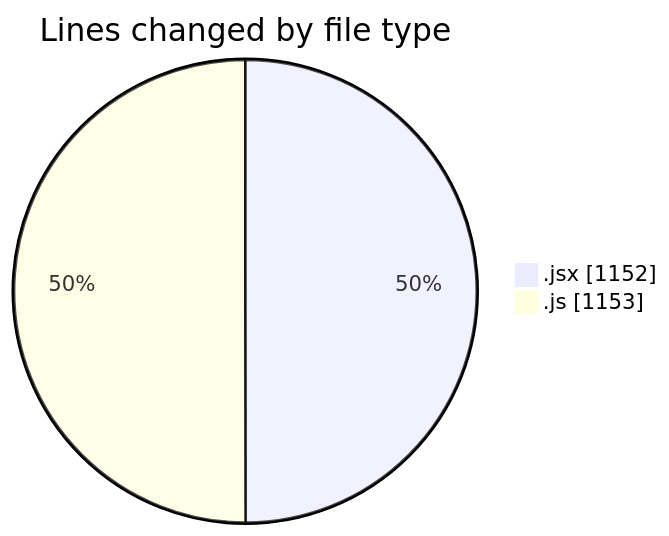
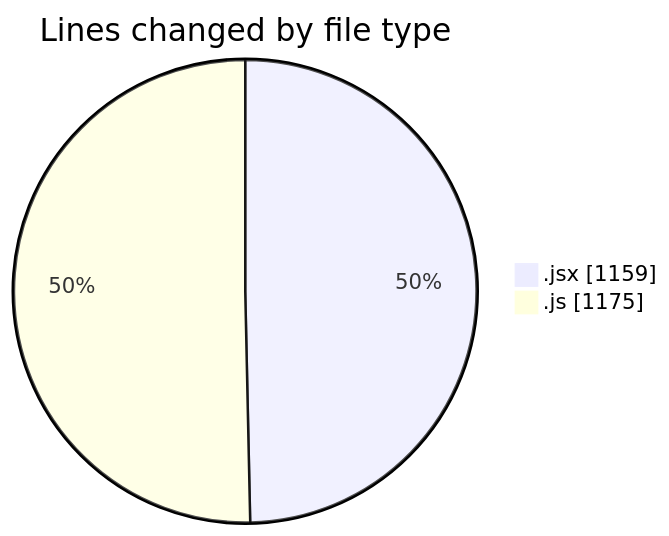
The first of 2 diagrams in 2025-12-08/nxtqube_webapp/README.md (nxtqubesakshisongat/code-tracking), drawn with Mermaid before and after one commit. The commit also changed other lines of this file and 1 other file, not shown here.

````diff
--- a/2025-12-08/nxtqube_webapp/README.md
+++ b/2025-12-08/nxtqube_webapp/README.md
@@ -24,6 +24,6 @@
 ```mermaid
 pie showData
 title Lines changed by file type
-".jsx" : 1152
-".js" : 1153
+".jsx" : 1159
+".js" : 1175
 ```
````
